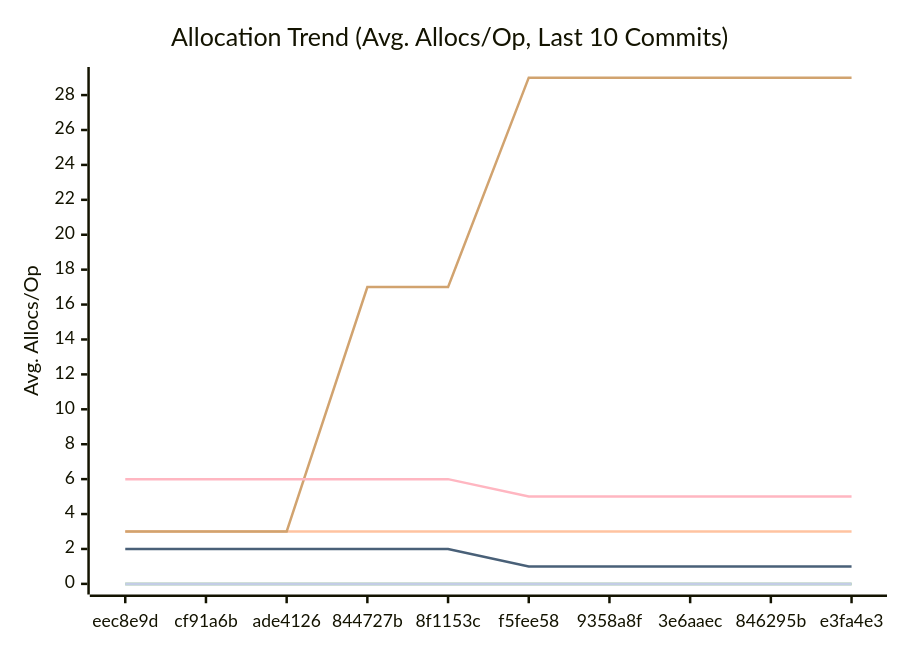
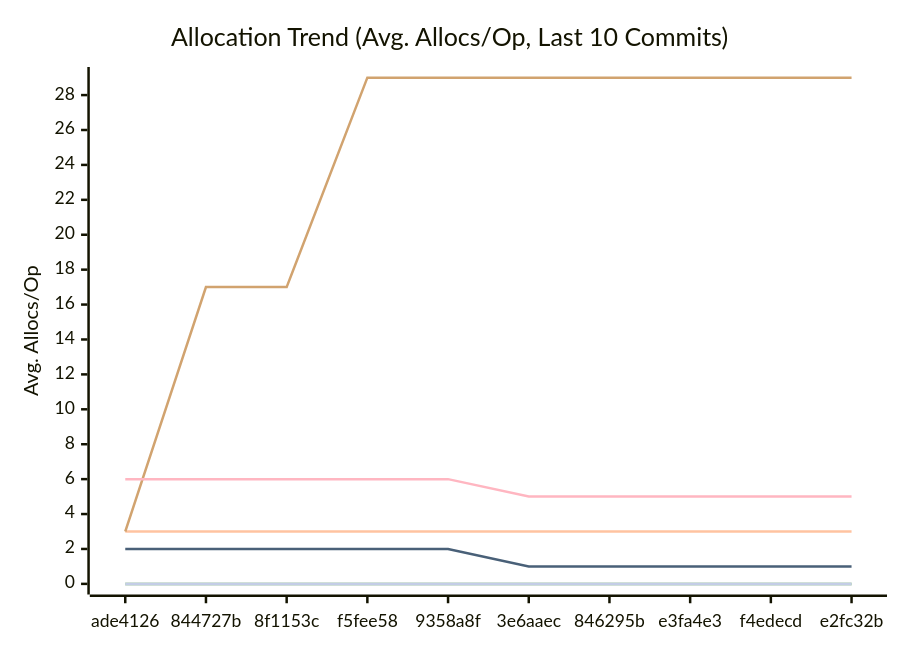
One commit to alsotoes/momo changed the third of 3 diagrams in docs/PERFORMANCE.md. Above: the diagram before and after it, drawn with Mermaid. The commit also changed other lines of this file and 12 other files, not shown here.

````diff
--- a/docs/PERFORMANCE.md
+++ b/docs/PERFORMANCE.md
@@ -114,16 +114,16 @@
 ```mermaid
 xychart-beta
     title "Allocation Trend (Avg. Allocs/Op, Last 10 Commits)"
     x-axis "Commit"
     y-axis "Avg. Allocs/Op"
-    x-axis [eec8e9d,cf91a6b,ade4126,844727b,8f1153c,f5fee58,9358a8f,3e6aaec,846295b,e3fa4e3]
+    x-axis [ade4126,844727b,8f1153c,f5fee58,9358a8f,3e6aaec,846295b,e3fa4e3,f4edecd,e2fc32b]
     line "CheckMetricsAndSwap" [0,0,0,0,0,0,0,0,0,0]
     line "CrushOptimized" [0,0,0,0,0,0,0,0,0,0]
     line "CrushOriginal" [3,3,3,3,3,3,3,3,3,3]
     line "IndexDirectTracking" [0,0,0,0,0,0,0,0,0,0]
     line "IndexSearch" [0,0,0,0,0,0,0,0,0,0]
-    line "LoadGlobalConfig" [3,3,3,17,17,29,29,29,29,29]
+    line "LoadGlobalConfig" [3,17,17,29,29,29,29,29,29,29]
     line "PadString" [0,0,0,0,0,0,0,0,0,0]
     line "ParseReplicationOrder_NoPrealloc" [6,6,6,6,6,5,5,5,5,5]
     line "ParseReplicationOrder_Prealloc" [2,2,2,2,2,1,1,1,1,1]
 ```
````
